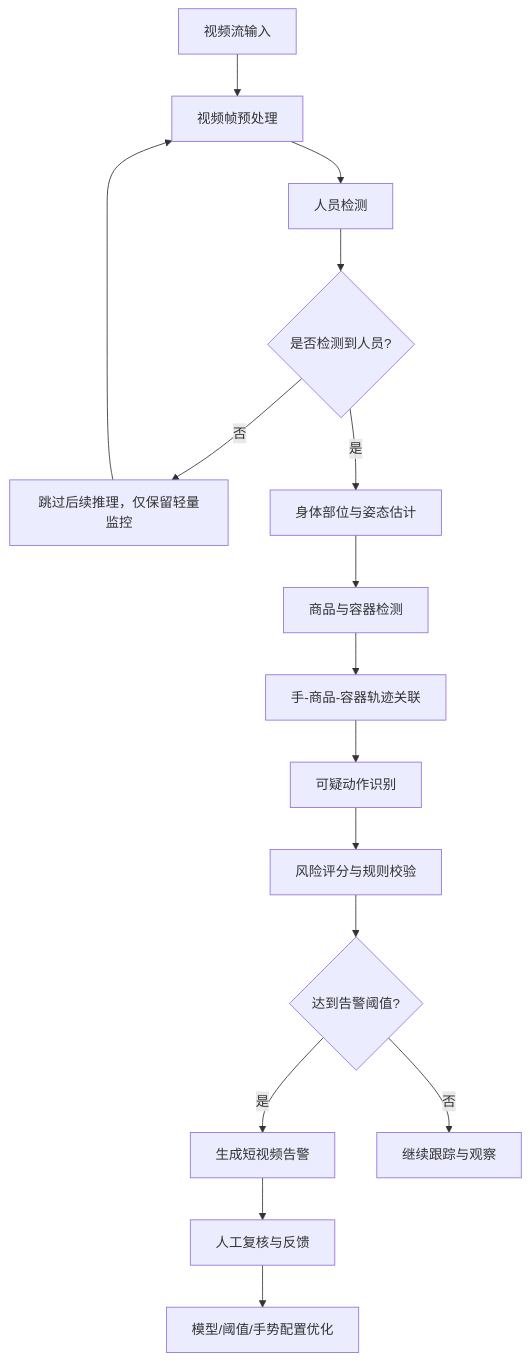
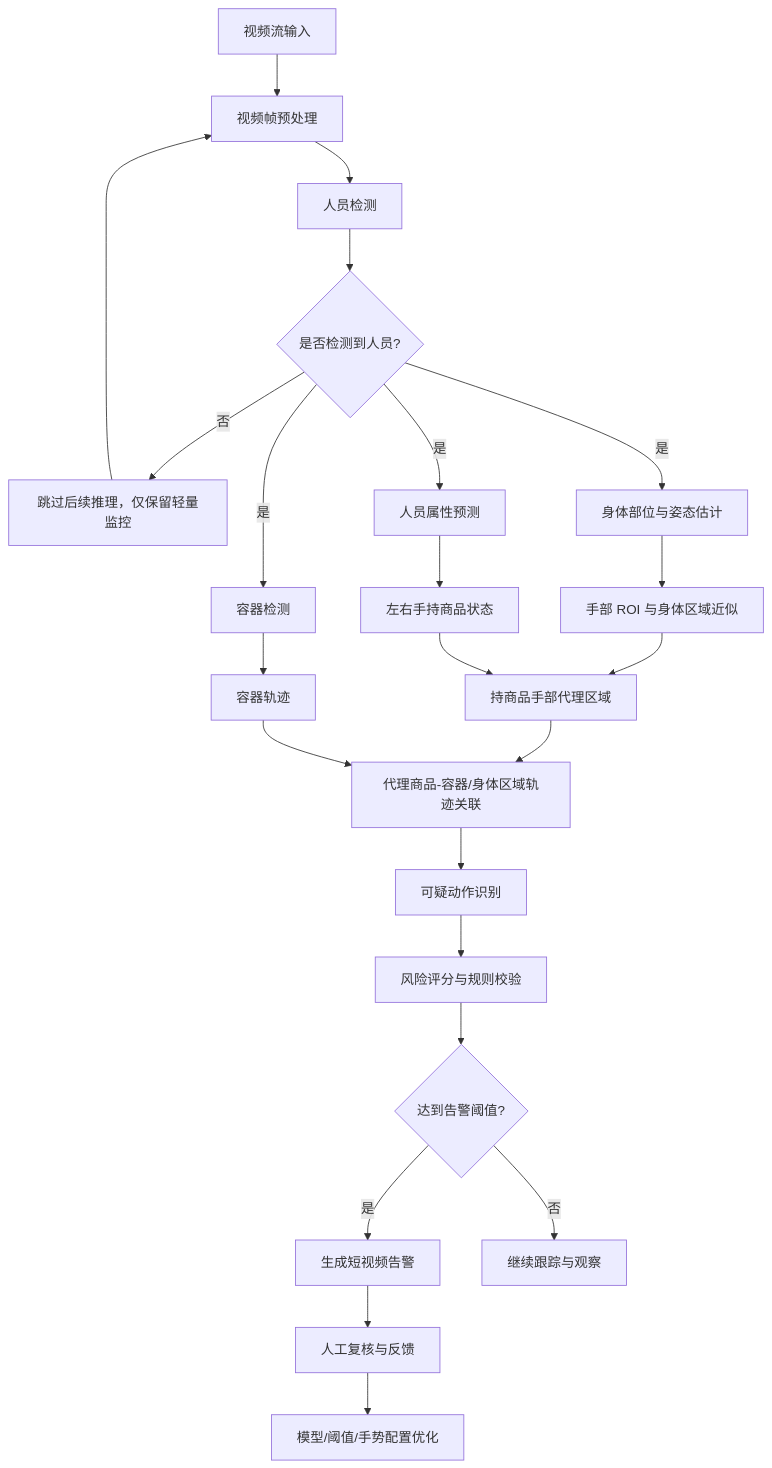
The diagram in docs/shoplifting_detection_technical_solution.md (NeurEv0/shoplift_detection_paddle), drawn with Mermaid before and after one commit. The commit also changed other lines of this file and 21 other files, not shown here.

````diff
--- a/docs/shoplifting_detection_technical_solution.md
+++ b/docs/shoplifting_detection_technical_solution.md
@@ -32,18 +34,25 @@
 ```mermaid
 flowchart TD
   A["视频流输入"] --> B["视频帧预处理"]
   B --> C["人员检测"]
   C --> P{"是否检测到人员?"}
   P -- 否 --> Q["跳过后续推理，仅保留轻量监控"]
   Q --> B
   P -- 是 --> D["身体部位与姿态估计"]
-  D --> E["商品与容器检测"]
-  E --> F["手-商品-容器轨迹关联"]
-  F --> G["可疑动作识别"]
-  G --> H["风险评分与规则校验"]
-  H --> I{"达到告警阈值?"}
-  I -- 是 --> J["生成短视频告警"]
-  I -- 否 --> K["继续跟踪与观察"]
-  J --> L["人工复核与反馈"]
+  P -- 是 --> E["人员属性预测"]
+  P -- 是 --> F["容器检测"]
+  D --> G["手部 ROI 与身体区域近似"]
+  E --> H["左右手持商品状态"]
+  G --> I["持商品手部代理区域"]
+  H --> I
+  F --> J["容器轨迹"]
+  I --> K["代理商品-容器/身体区域轨迹关联"]
+  J --> K
+  K --> G2["可疑动作识别"]
+  G2 --> H2["风险评分与规则校验"]
+  H2 --> I2{"达到告警阈值?"}
+  I2 -- 是 --> J2["生成短视频告警"]
+  I2 -- 否 --> K2["继续跟踪与观察"]
+  J2 --> L["人工复核与反馈"]
   L --> M["模型/阈值/手势配置优化"]
 ```
````
